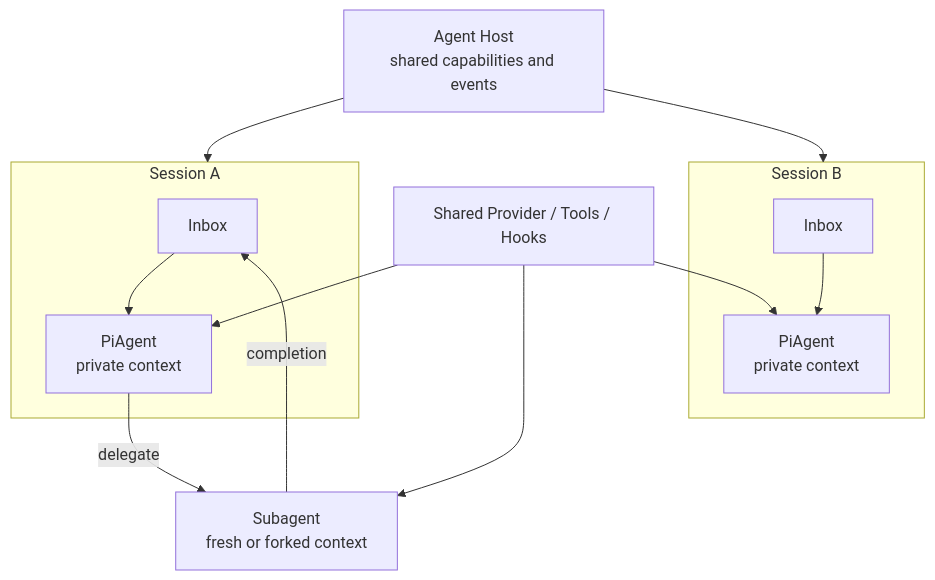
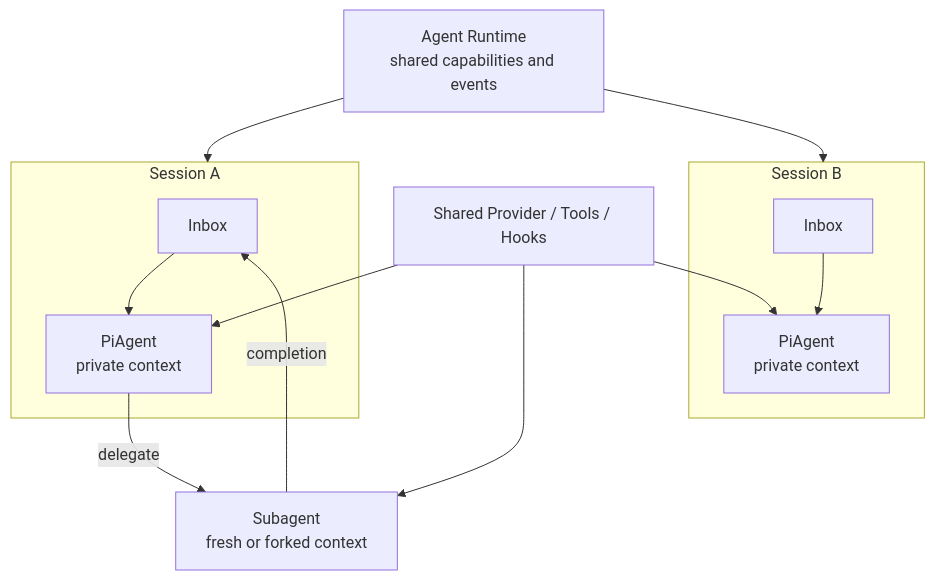
The third of 4 diagrams in docs/architecture.md (Go-Time/aiscan), drawn with Mermaid before and after one commit. The commit also changed other lines of this file and 118 other files, not shown here.

First line of the commit message:
refactor: separate app runtime console and communication host

````diff
--- a/docs/architecture.md
+++ b/docs/architecture.md
@@ -135,27 +135,27 @@
 ```mermaid
 flowchart TB
-    RT[Agent Host<br/>shared capabilities and events]
+    RT[Agent Runtime<br/>shared capabilities and events]
 
     subgraph S1[Session A]
         I1[Inbox]
         A1[PiAgent<br/>private context]
         I1 --> A1
     end
 
     subgraph S2[Session B]
         I2[Inbox]
         A2[PiAgent<br/>private context]
         I2 --> A2
     end
 
     RT --> S1
     RT --> S2
 
     A1 -->|delegate| CHILD[Subagent<br/>fresh or forked context]
     CHILD -->|completion| I1
 
     SHARED[Shared Provider / Tools / Hooks]
     SHARED --> A1
     SHARED --> A2
     SHARED --> CHILD
 ```
````
